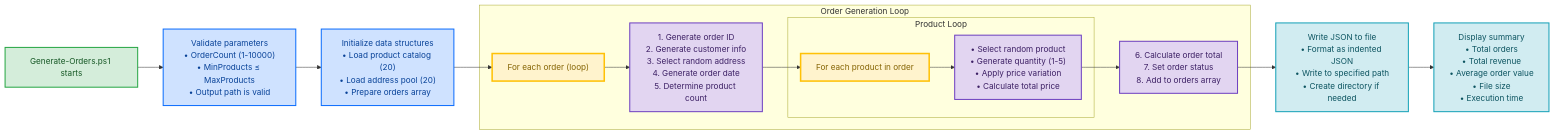
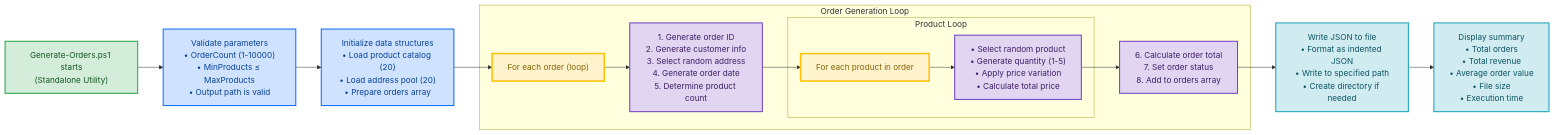
The diagram in hooks/Generate-Orders.md (Evilazaro/Azure-LogicApps-Monitoring), drawn with Mermaid before and after one commit. The commit also changed other lines of this file and 8 other files, not shown here.

````diff
--- a/hooks/Generate-Orders.md
+++ b/hooks/Generate-Orders.md
@@ -403,33 +410,33 @@
 ```mermaid
 flowchart LR
-    Start["Generate-Orders.ps1 starts"]
+    Start["Generate-Orders.ps1 starts<br/>(Standalone Utility)"]
     Start --> Validate["Validate parameters<br/>• OrderCount (1-10000)<br/>• MinProducts ≤ MaxProducts<br/>• Output path is valid"]
     Validate --> Init["Initialize data structures<br/>• Load product catalog (20)<br/>• Load address pool (20)<br/>• Prepare orders array"]
     Init --> OrderLoop["For each order (loop)"]
     
     subgraph OrderProcessing["Order Generation Loop"]
         OrderLoop --> OrderSteps["1. Generate order ID<br/>2. Generate customer info<br/>3. Select random address<br/>4. Generate order date<br/>5. Determine product count"]
         OrderSteps --> ProductLoop["For each product in order"]
         
         subgraph ProductProcessing["Product Loop"]
             ProductLoop --> ProductSteps["• Select random product<br/>• Generate quantity (1-5)<br/>• Apply price variation<br/>• Calculate total price"]
         end
         
         ProductSteps --> FinalizeOrder["6. Calculate order total<br/>7. Set order status<br/>8. Add to orders array"]
     end
     
     FinalizeOrder --> WriteJSON["Write JSON to file<br/>• Format as indented JSON<br/>• Write to specified path<br/>• Create directory if needed"]
     WriteJSON --> Summary["Display summary<br/>• Total orders<br/>• Total revenue<br/>• Average order value<br/>• File size<br/>• Execution time"]
     
     classDef startClass fill:#d4edda,stroke:#28a745,stroke-width:2px,color:#155724
     classDef validateClass fill:#cfe2ff,stroke:#0d6efd,stroke-width:2px,color:#084298
     classDef loopClass fill:#fff3cd,stroke:#ffc107,stroke-width:3px,color:#856404
     classDef processClass fill:#e2d5f1,stroke:#6f42c1,stroke-width:2px,color:#3d2065
     classDef outputClass fill:#d1ecf1,stroke:#17a2b8,stroke-width:2px,color:#0c5460
     
     class Start startClass
     class Validate,Init validateClass
     class OrderLoop,ProductLoop loopClass
     class OrderSteps,ProductSteps,FinalizeOrder processClass
     class WriteJSON,Summary outputClass
 ```
````
